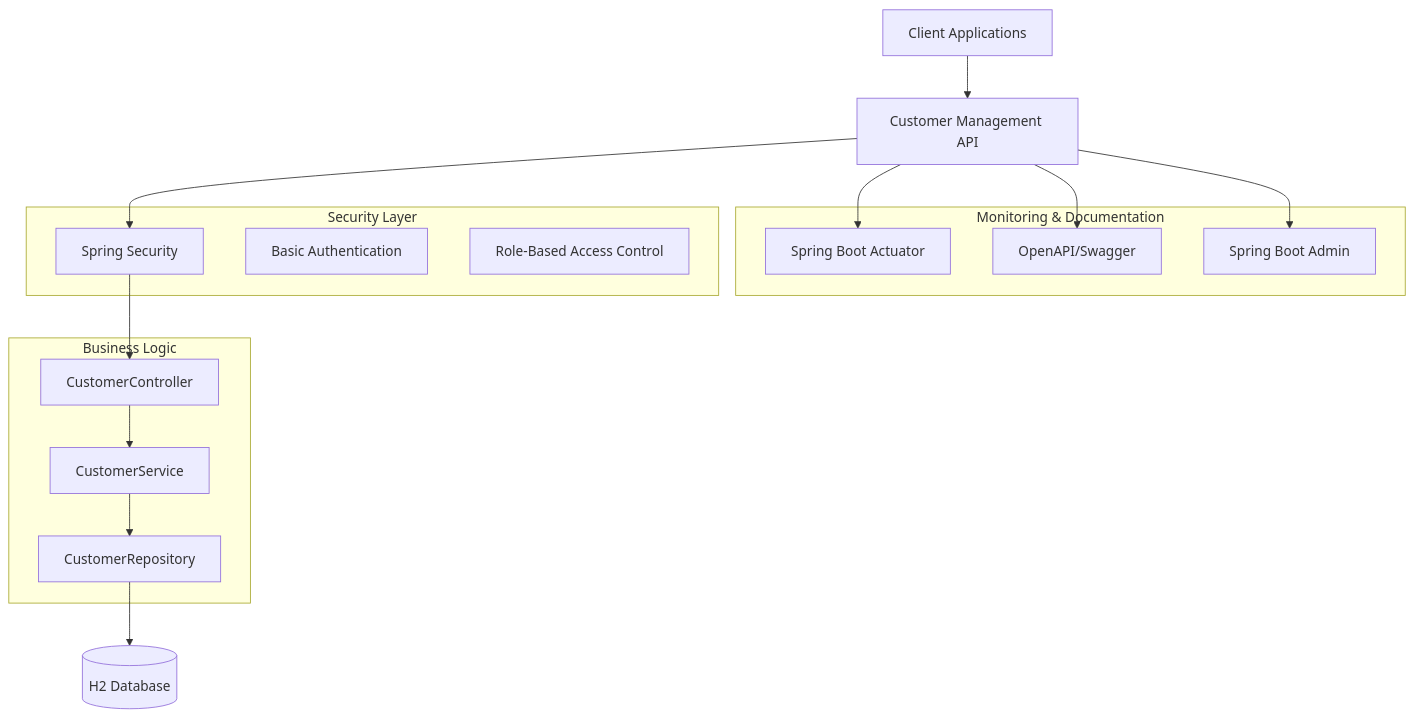
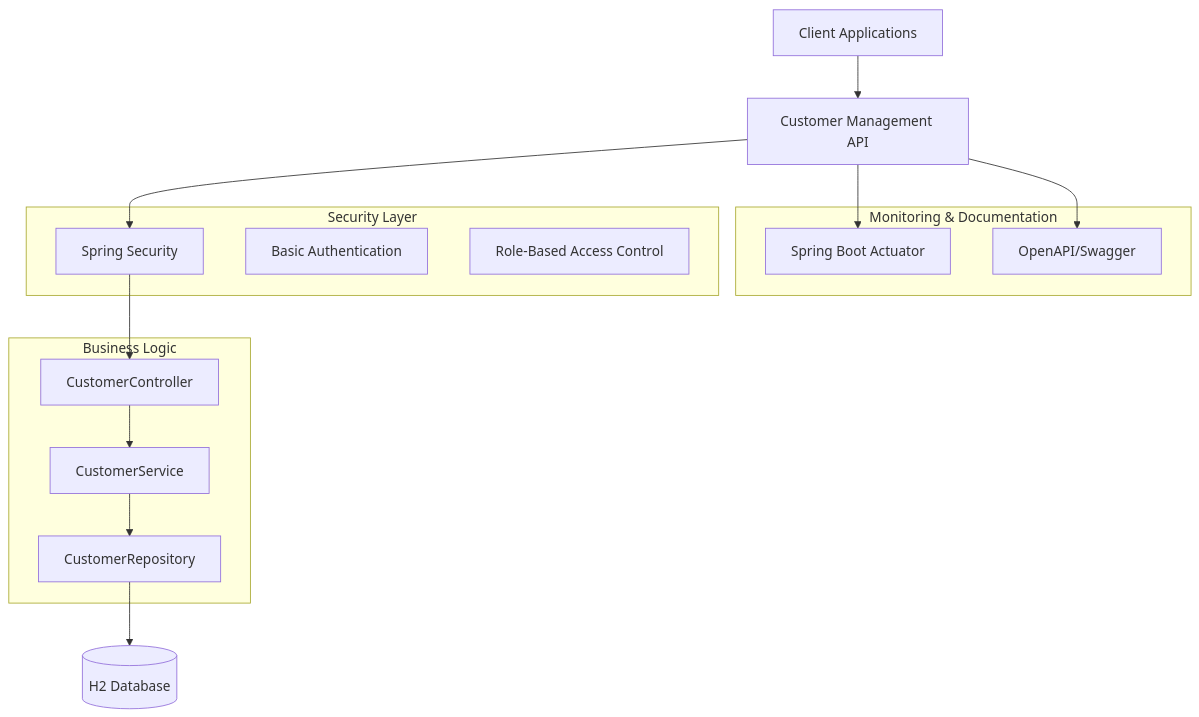
Before and after one commit to psticea/tekmetric-interview: the first of 6 diagrams in backend/documentation.md, drawn with Mermaid. The commit also changed other lines of this file and 5 other files, not shown here.

````diff
--- a/backend/documentation.md
+++ b/backend/documentation.md
@@ -33,31 +33,28 @@
 ```mermaid
 graph TB
     Client[Client Applications] --> API[Customer Management API]
     API --> Security[Spring Security]
     Security --> Controller[CustomerController]
     Controller --> Service[CustomerService]
     Service --> Repository[CustomerRepository]
     Repository --> DB[(H2 Database)]
     
     API --> Actuator[Spring Boot Actuator]
     API --> Swagger[OpenAPI/Swagger]
-    API --> Admin[Spring Boot Admin]
-    
     subgraph "Monitoring & Documentation"
         Actuator
         Swagger
-        Admin
     end
     
     subgraph "Security Layer"
         Security
         Auth[Basic Authentication]
         RBAC[Role-Based Access Control]
     end
     
     subgraph "Business Logic"
         Controller
         Service
         Repository
     end
 ```
````
